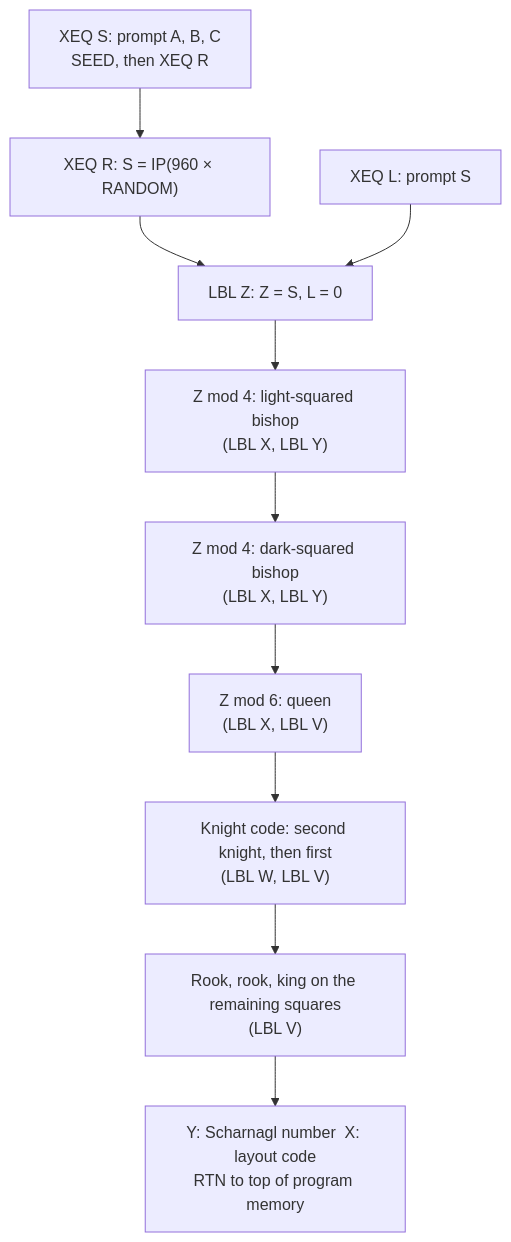
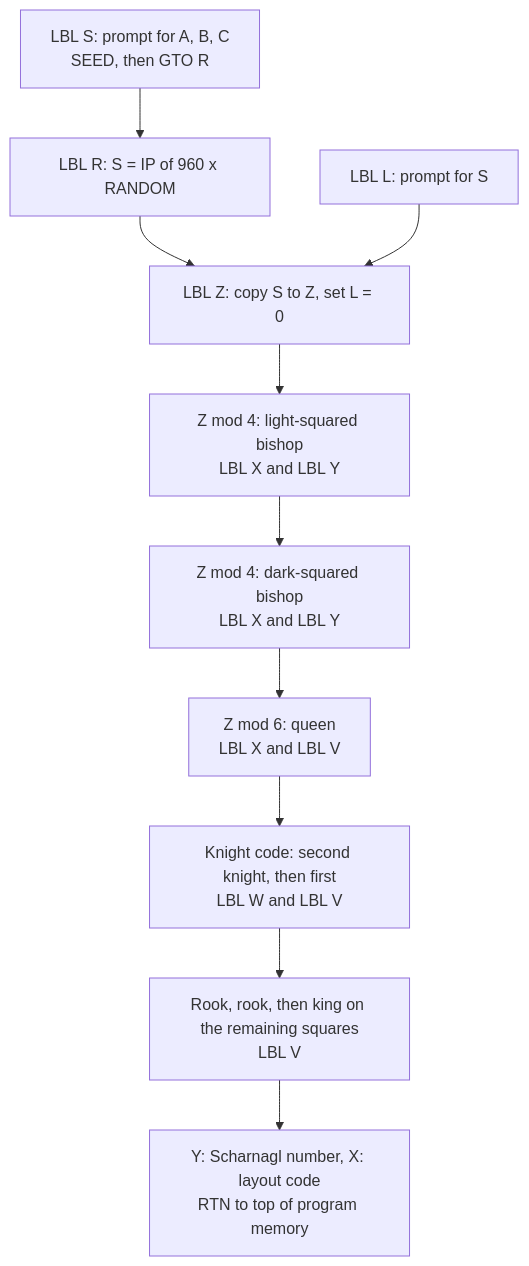
Before and after one commit to jacober-calc/chess96032: the diagram in README.md, drawn with Mermaid.

Commit message:
Edit README document
Mermaid parsing error fixed

````diff
--- a/README.md
+++ b/README.md
@@ -117,12 +117,12 @@
 ```mermaid
 flowchart TD
-    R["XEQ R: S = IP(960 × RANDOM)"] --> Z
-    L["XEQ L: prompt S"] --> Z
-    SD["XEQ S: prompt A, B, C<br/>SEED, then XEQ R"] --> R
-    Z["LBL Z: Z = S, L = 0"] --> B1["Z mod 4: light-squared bishop<br/>(LBL X, LBL Y)"]
-    B1 --> B2["Z mod 4: dark-squared bishop<br/>(LBL X, LBL Y)"]
-    B2 --> Q["Z mod 6: queen<br/>(LBL X, LBL V)"]
-    Q --> N["Knight code: second knight, then first<br/>(LBL W, LBL V)"]
-    N --> RK["Rook, rook, king on the remaining squares<br/>(LBL V)"]
-    RK --> O["Y: Scharnagl number  X: layout code<br/>RTN to top of program memory"]
+    nR["LBL R: S = IP of 960 x RANDOM"] --> nZ
+    nL["LBL L: prompt for S"] --> nZ
+    nS["LBL S: prompt for A, B, C<br/>SEED, then GTO R"] --> nR
+    nZ["LBL Z: copy S to Z, set L = 0"] --> nB1["Z mod 4: light-squared bishop<br/>LBL X and LBL Y"]
+    nB1 --> nB2["Z mod 4: dark-squared bishop<br/>LBL X and LBL Y"]
+    nB2 --> nQ["Z mod 6: queen<br/>LBL X and LBL V"]
+    nQ --> nN["Knight code: second knight, then first<br/>LBL W and LBL V"]
+    nN --> nK["Rook, rook, then king on the remaining squares<br/>LBL V"]
+    nK --> nO["Y: Scharnagl number, X: layout code<br/>RTN to top of program memory"]
 ```
````
